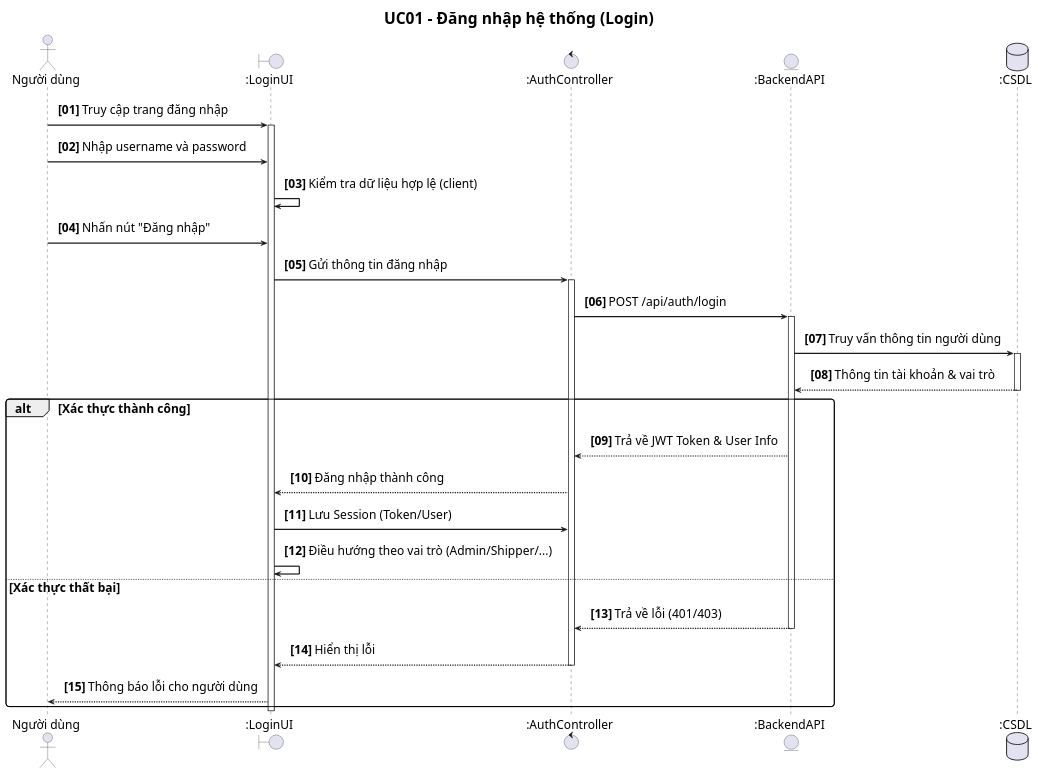
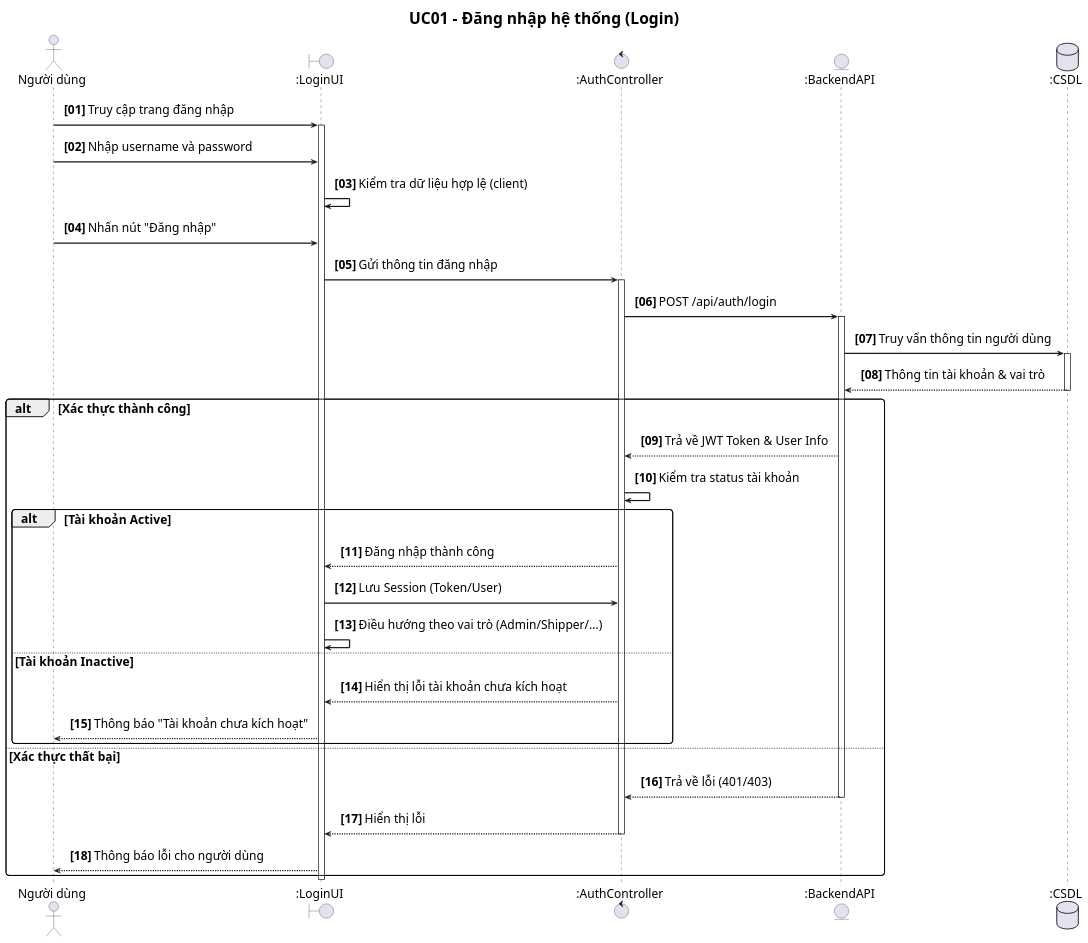
The diagram in front-end/src/usecaseUML/UC01_DangNhap.puml (Gonztbl/DATN_FRONT-END), drawn with PlantUML before and after one commit. The commit also changed 40 other files, not shown here.

```diff
--- a/front-end/src/usecaseUML/UC01_DangNhap.puml
+++ b/front-end/src/usecaseUML/UC01_DangNhap.puml
@@ -1,60 +1,66 @@
 @startuml UC01_DangNhap
 title UC01 - Đăng nhập hệ thống (Login)
 
 autonumber "<b>[00]</b>"
 skinparam sequenceArrowThickness 2
 skinparam roundcorner 10
 skinparam defaultFontSize 20
 skinparam titleFontSize 26
 skinparam sequenceFontSize 19
 skinparam sequenceMessageFontSize 20
 skinparam sequenceActorFontSize 20
 skinparam sequenceParticipantFontSize 20
 skinparam noteFontSize 18
 skinparam sequenceArrowFontSize 20
 skinparam sequence {
     ParticipantPadding 30
     LifeLinePadding 20
     MessagePadding 10
 }
 
 actor "Người dùng" as User
 boundary ":LoginUI" as UI
 control ":AuthController" as CTRL
 entity ":BackendAPI" as API
 database ":CSDL" as DB
 
 User -> UI : Truy cập trang đăng nhập
 activate UI
 
 User -> UI : Nhập username và password
 UI -> UI : Kiểm tra dữ liệu hợp lệ (client)
 
 User -> UI : Nhấn nút "Đăng nhập"
 UI -> CTRL : Gửi thông tin đăng nhập
 activate CTRL
 
 CTRL -> API : POST /api/auth/login
 activate API
 
 API -> DB : Truy vấn thông tin người dùng
 activate DB
 DB --> API : Thông tin tài khoản & vai trò
 deactivate DB
 
 alt Xác thực thành công
     API --> CTRL : Trả về JWT Token & User Info
-    CTRL --> UI : Đăng nhập thành công
-    UI -> CTRL : Lưu Session (Token/User)
-    UI -> UI : Điều hướng theo vai trò (Admin/Shipper/...)
+    CTRL -> CTRL : Kiểm tra status tài khoản
+    alt Tài khoản Active
+        CTRL --> UI : Đăng nhập thành công
+        UI -> CTRL : Lưu Session (Token/User)
+        UI -> UI : Điều hướng theo vai trò (Admin/Shipper/...)
+    else Tài khoản Inactive
+        CTRL --> UI : Hiển thị lỗi tài khoản chưa kích hoạt
+        UI --> User : Thông báo "Tài khoản chưa kích hoạt"
+    end
 else Xác thực thất bại
     API --> CTRL : Trả về lỗi (401/403)
     deactivate API
     CTRL --> UI : Hiển thị lỗi
     deactivate CTRL
     UI --> User : Thông báo lỗi cho người dùng
 end
 
 deactivate UI
 
 @enduml
```
